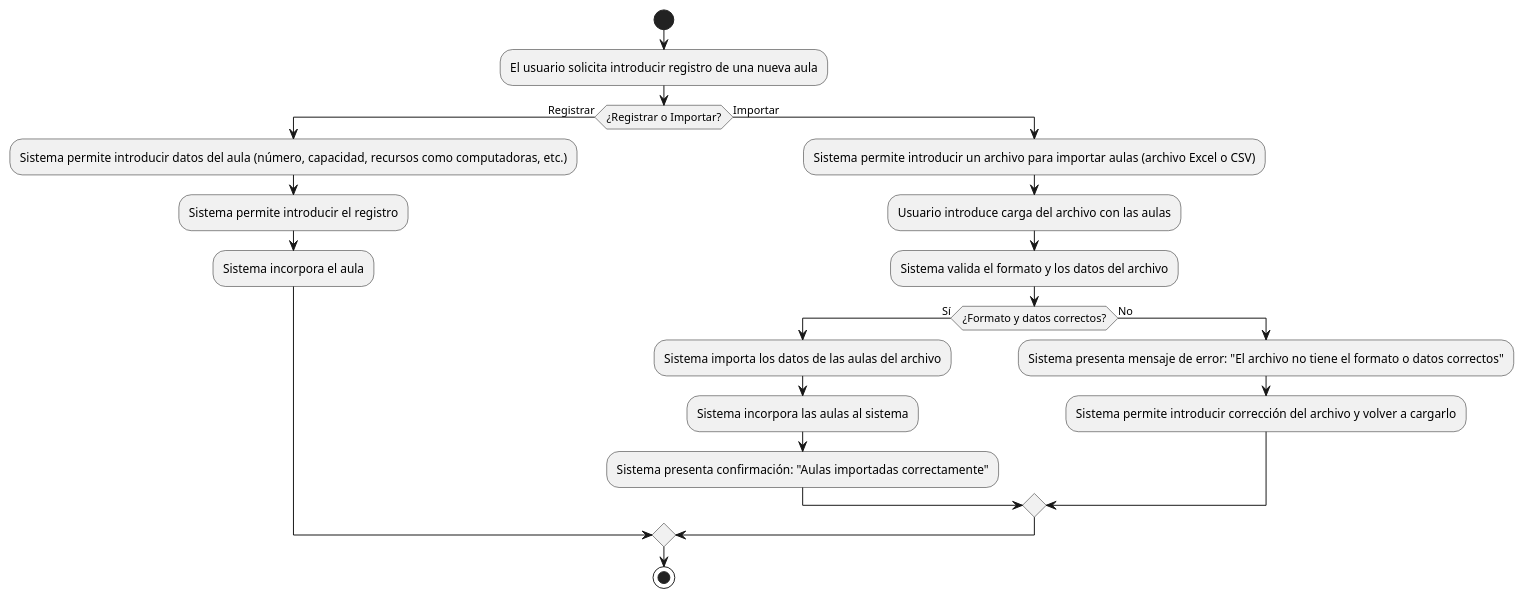
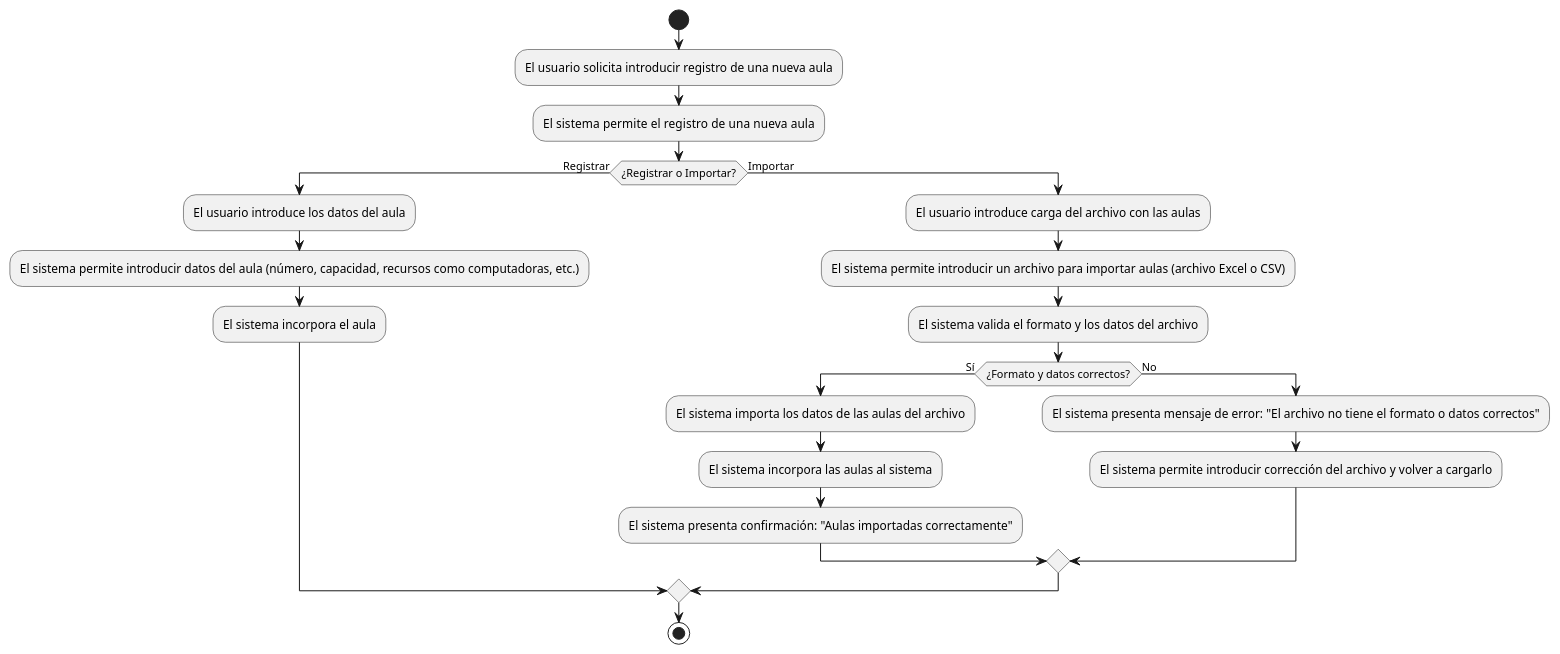
The diagram in casosDeUso/plantUML/RegistrarAula.puml (mmasias/24-25-IdSw1-SDR), drawn with PlantUML before and after one commit. The commit also changed 27 other files, not shown here.

Commit message:
Cambios a casos de uso y diagramas, cambios a Prototipos

```diff
--- a/casosDeUso/plantUML/RegistrarAula.puml
+++ b/casosDeUso/plantUML/RegistrarAula.puml
@@ -1,22 +1,23 @@
 @startuml
 start
 :El usuario solicita introducir registro de una nueva aula;
+:El sistema permite el  registro de una nueva aula;
 if (¿Registrar o Importar?) then (Registrar)
-  :Sistema permite introducir datos del aula (número, capacidad, recursos como computadoras, etc.);
-  :Sistema permite introducir el registro;
-  :Sistema incorpora el aula;
+  :El usuario introduce los datos del aula;
+  :El sistema permite introducir datos del aula (número, capacidad, recursos como computadoras, etc.);
+  :El sistema incorpora el aula;
 else (Importar)
-  :Sistema permite introducir un archivo para importar aulas (archivo Excel o CSV);
-  :Usuario introduce carga del archivo con las aulas;
-  :Sistema valida el formato y los datos del archivo;
+  :El usuario introduce carga del archivo con las aulas;
+  :El sistema permite introducir un archivo para importar aulas (archivo Excel o CSV);
+  :El sistema valida el formato y los datos del archivo;
   if (¿Formato y datos correctos?) then (Sí)
-    :Sistema importa los datos de las aulas del archivo;
-    :Sistema incorpora las aulas al sistema;
-    :Sistema presenta confirmación: "Aulas importadas correctamente";
+    :El sistema importa los datos de las aulas del archivo;
+    :El sistema incorpora las aulas al sistema;
+    :El sistema presenta confirmación: "Aulas importadas correctamente";
   else (No)
-    :Sistema presenta mensaje de error: "El archivo no tiene el formato o datos correctos";
-    :Sistema permite introducir corrección del archivo y volver a cargarlo;
+    :El sistema presenta mensaje de error: "El archivo no tiene el formato o datos correctos";
+    :El sistema permite introducir corrección del archivo y volver a cargarlo;
   endif
 endif
 stop
 @enduml
```
